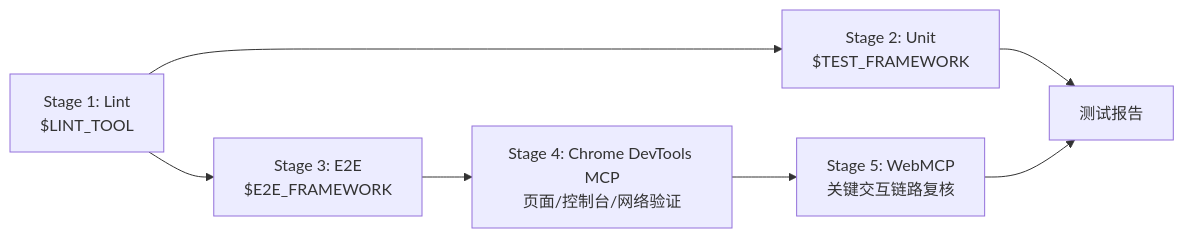
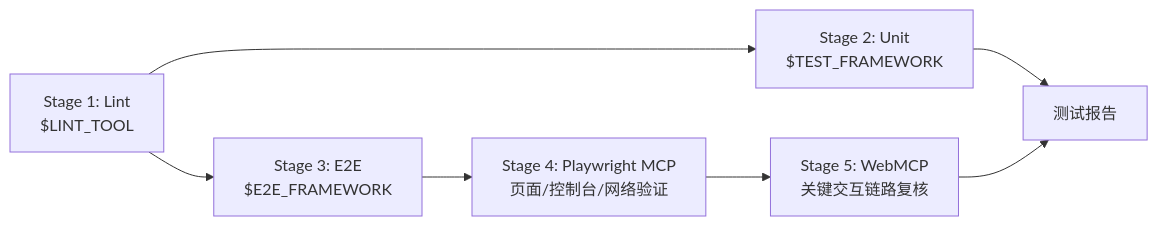
One commit to evan-taojiangcb/sdlc-workflow changed the diagram in sdlc-workflow/references/test-pipeline.md. Above: the diagram before and after it, drawn with Mermaid. The commit also changed other lines of this file and 16 other files, not shown here.

````diff
--- a/sdlc-workflow/references/test-pipeline.md
+++ b/sdlc-workflow/references/test-pipeline.md
@@ -17,15 +17,15 @@
 ```mermaid
 graph LR
     LINT["Stage 1: Lint<br/>$LINT_TOOL"]
     UNIT["Stage 2: Unit<br/>$TEST_FRAMEWORK"]
     E2E["Stage 3: E2E<br/>$E2E_FRAMEWORK"]
-    CHROME["Stage 4: Chrome DevTools MCP<br/>页面/控制台/网络验证"]
+    CHROME["Stage 4: Playwright MCP<br/>页面/控制台/网络验证"]
     WEBMCP["Stage 5: WebMCP<br/>关键交互链路复核"]
 
     LINT --> UNIT
     LINT --> E2E
     UNIT --> REPORT["测试报告"]
     E2E --> CHROME
     CHROME --> WEBMCP
     WEBMCP --> REPORT
 ```
````
